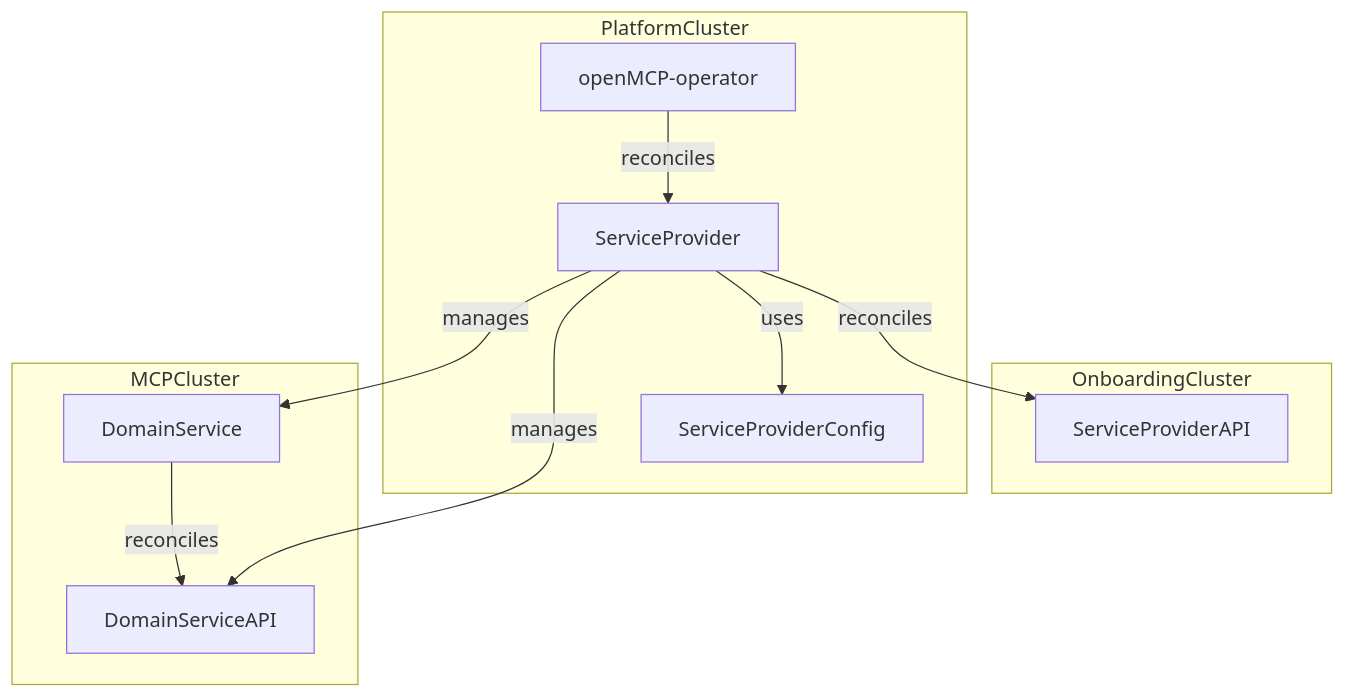
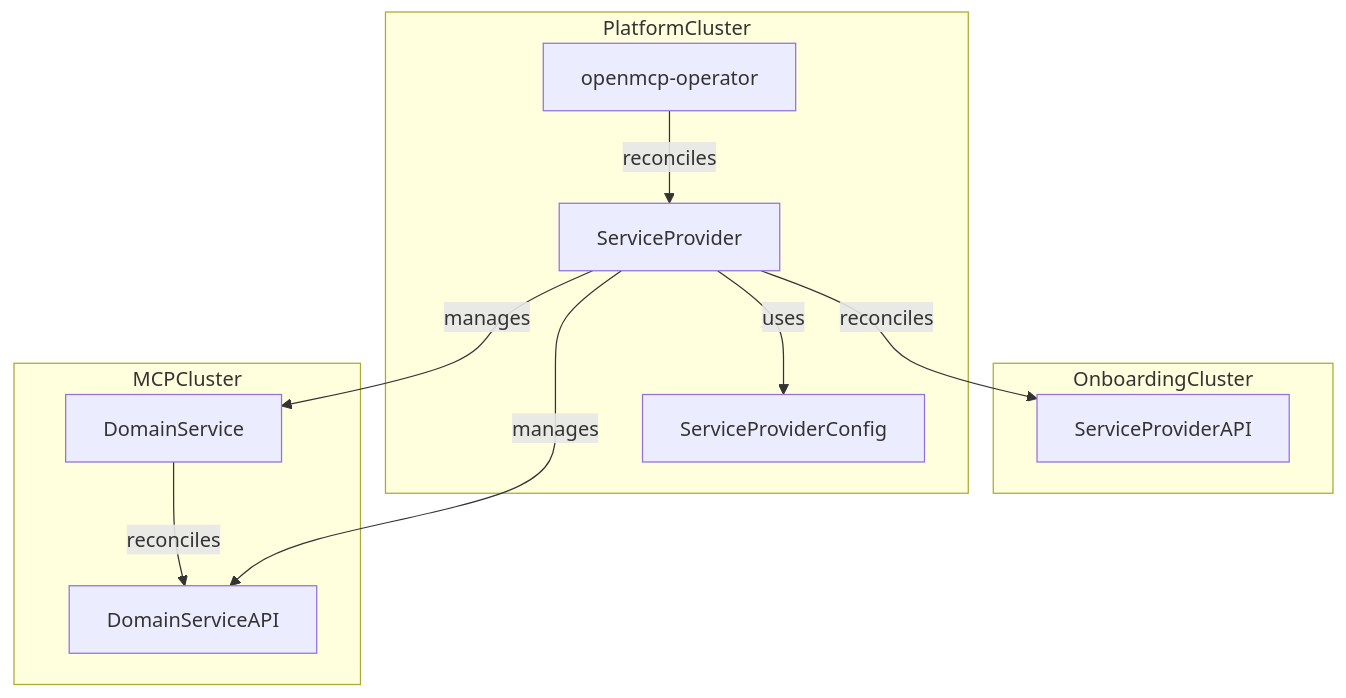
The fourth of 7 diagrams in docs/developers/serviceprovider/01-design.mdx (openmcp-project/docs), drawn with Mermaid before and after one commit. The commit also changed 10 other files, not shown here.

First line of the commit message:
docs: rename OpenMCP to OpenControlPlane (#125)

````diff
--- a/docs/developers/serviceprovider/01-design.mdx
+++ b/docs/developers/serviceprovider/01-design.mdx
@@ -114,28 +114,28 @@
 ```mermaid
 graph TD
     %% Onboarding Cluster
     subgraph OnboardingCluster
         SPAPI[ServiceProviderAPI]
     end
 
     %% Platform Cluster
     subgraph PlatformCluster
-        SPO[openMCP-operator]
+        SPO[openmcp-operator]
         SP[ServiceProvider]
         SPC[ServiceProviderConfig]
     end
 
     %% ControlPlane Cluster
     subgraph MCPCluster
         DS[DomainService]
         DSAPI[DomainServiceAPI]
     end
 
     %% edges
     SP -->|reconciles|SPAPI
     SP -->|uses|SPC
     SP -->|manages|DSAPI
     SP -->|manages|DS
     DS -->|reconciles|DSAPI
     SPO-->|reconciles|SP
 ```
````
